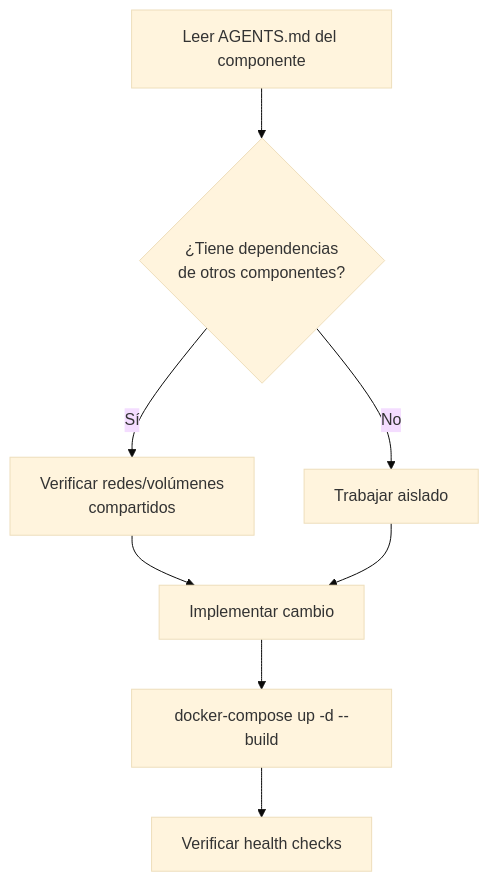
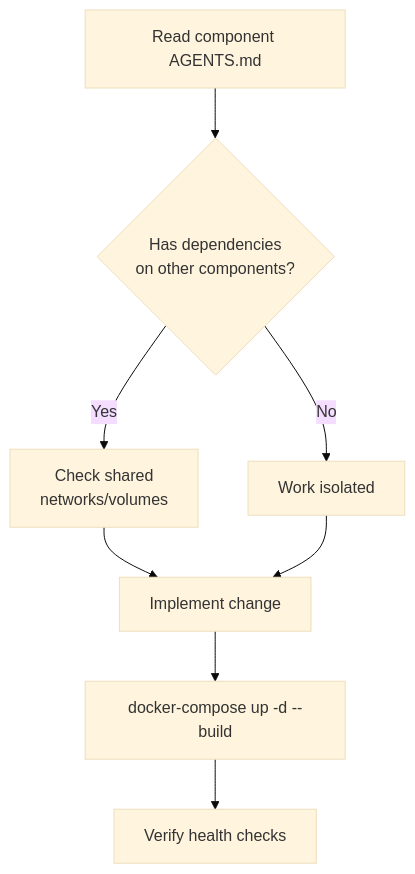
One commit to elisaul77/Orquestacion_Agentes_claude changed the second of 2 diagrams in skills/arquitec-dev-ia/assets/template_agents_root.md. Above: the diagram before and after it, drawn with Mermaid (base theme). The commit also changed other lines of this file and 14 other files, not shown here.

````diff
--- a/skills/arquitec-dev-ia/assets/template_agents_root.md
+++ b/skills/arquitec-dev-ia/assets/template_agents_root.md
@@ -67,10 +67,10 @@
 ```mermaid
 flowchart TD
-    A["Leer AGENTS.md del componente"] --> B{"¿Tiene dependencias\nde otros componentes?"}
-    B -->|Sí| C["Verificar redes/volúmenes\ncompartidos"]
-    B -->|No| D["Trabajar aislado"]
-    C --> E["Implementar cambio"]
+    A["Read component AGENTS.md"] --> B{"Has dependencies\non other components?"}
+    B -->|Yes| C["Check shared\nnetworks/volumes"]
+    B -->|No| D["Work isolated"]
+    C --> E["Implement change"]
     D --> E
     E --> F["docker-compose up -d --build"]
-    F --> G["Verificar health checks"]
+    F --> G["Verify health checks"]
 ```
````
